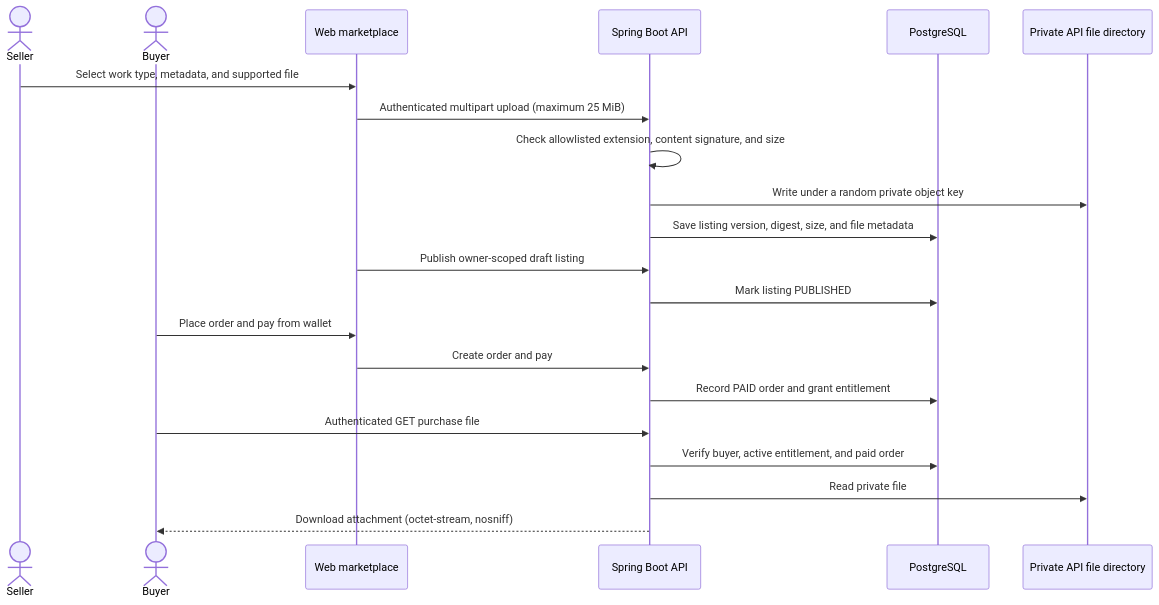
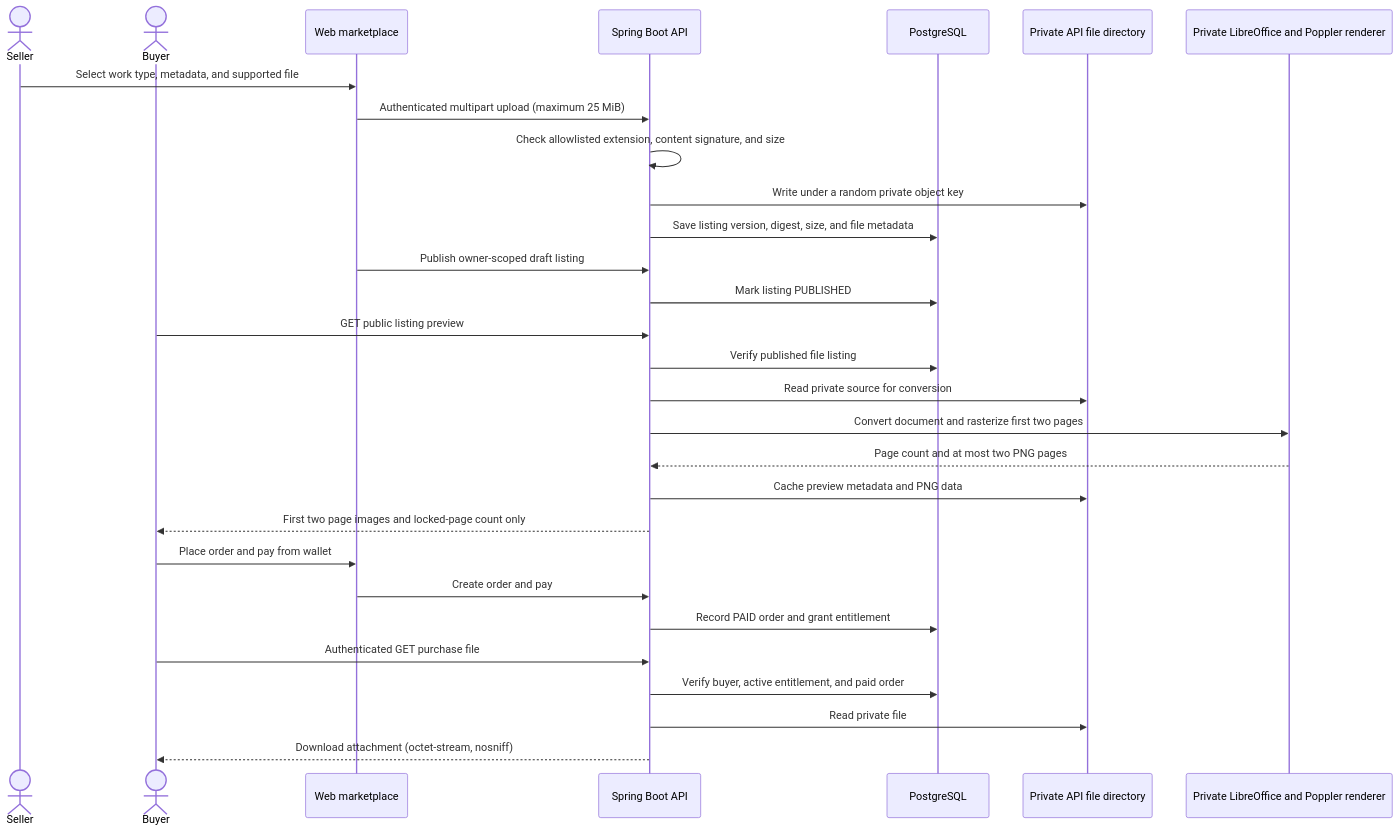
The second of 2 diagrams in docs/ARCHITECTURE.md (encodeschool/SLIDE_APP), drawn with Mermaid before and after one commit. The commit also changed other lines of this file and 86 other files, not shown here.

````diff
--- a/docs/ARCHITECTURE.md
+++ b/docs/ARCHITECTURE.md
@@ -34,24 +34,32 @@
 ```mermaid
 sequenceDiagram
     actor Seller
     actor Buyer
     participant Web as Web marketplace
     participant API as Spring Boot API
     participant DB as PostgreSQL
     participant Files as Private API file directory
+    participant Renderer as Private LibreOffice and Poppler renderer
 
     Seller->>Web: Select work type, metadata, and supported file
     Web->>API: Authenticated multipart upload (maximum 25 MiB)
     API->>API: Check allowlisted extension, content signature, and size
     API->>Files: Write under a random private object key
     API->>DB: Save listing version, digest, size, and file metadata
     Web->>API: Publish owner-scoped draft listing
     API->>DB: Mark listing PUBLISHED
+    Buyer->>API: GET public listing preview
+    API->>DB: Verify published file listing
+    API->>Files: Read private source for conversion
+    API->>Renderer: Convert document and rasterize first two pages
+    Renderer-->>API: Page count and at most two PNG pages
+    API->>Files: Cache preview metadata and PNG data
+    API-->>Buyer: First two page images and locked-page count only
     Buyer->>Web: Place order and pay from wallet
     Web->>API: Create order and pay
     API->>DB: Record PAID order and grant entitlement
     Buyer->>API: Authenticated GET purchase file
     API->>DB: Verify buyer, active entitlement, and paid order
     API->>Files: Read private file
     API-->>Buyer: Download attachment (octet-stream, nosniff)
 ```
````
